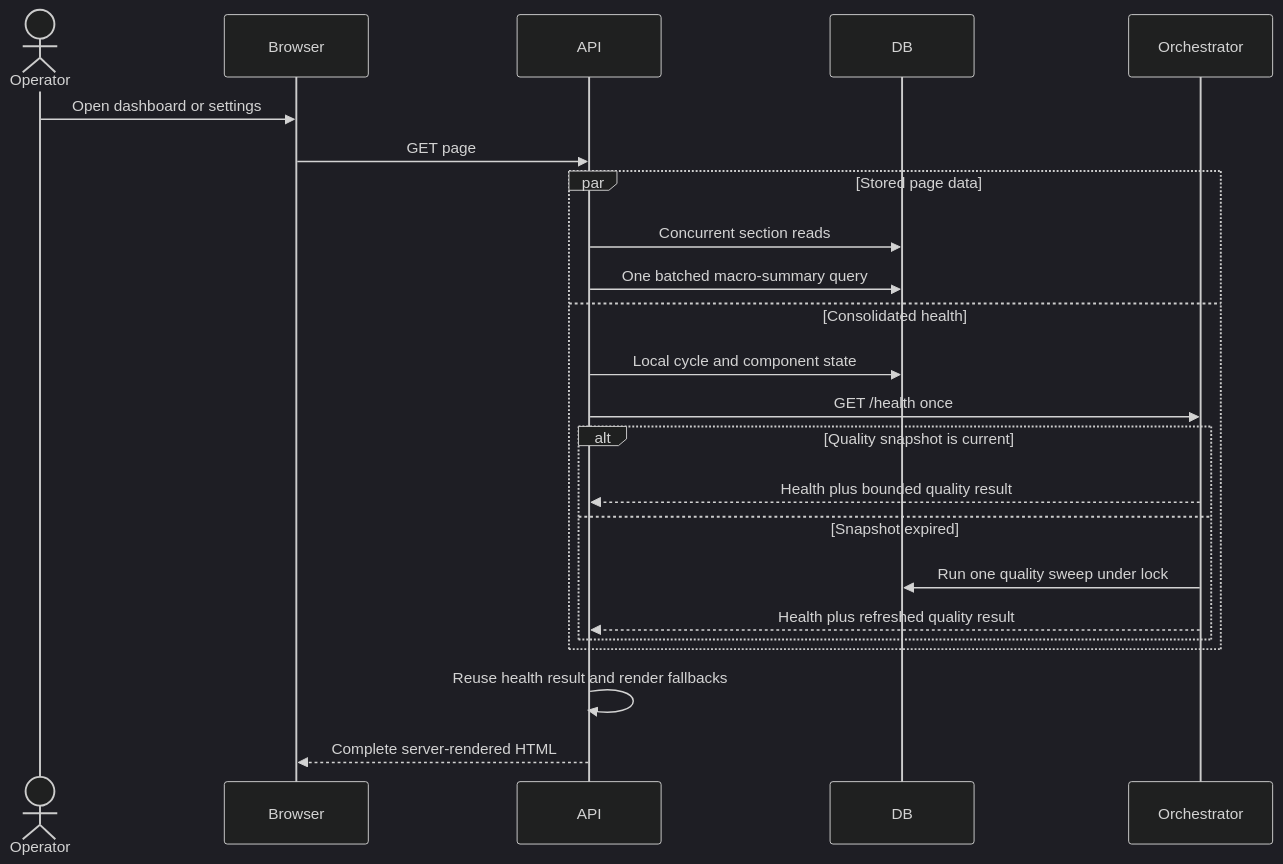
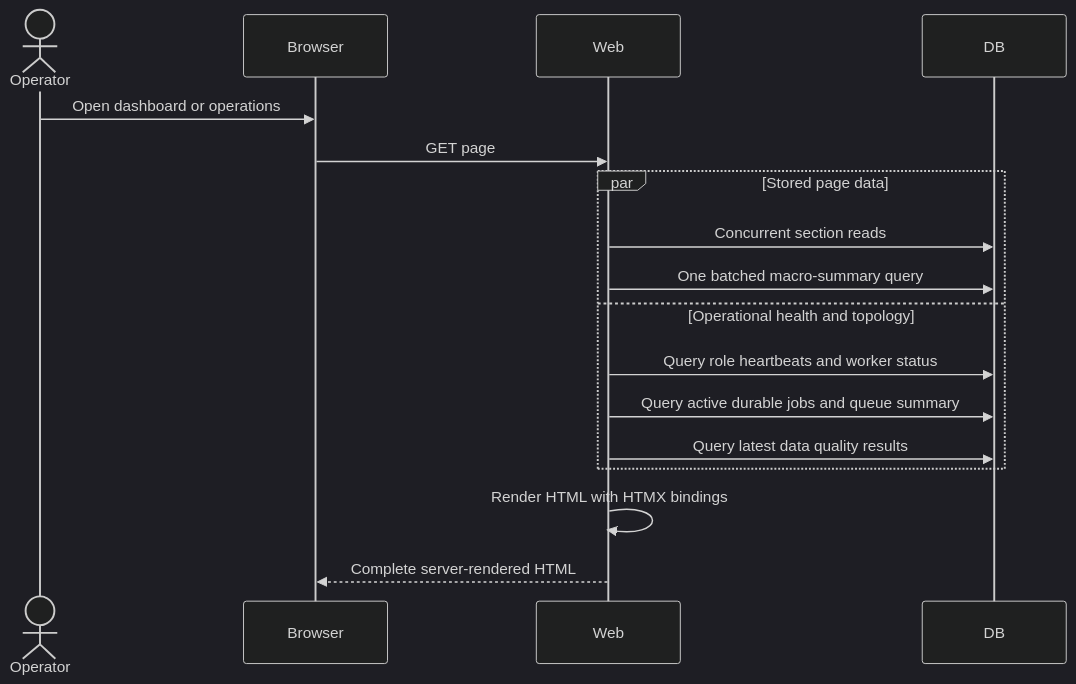
The fifth of 8 diagrams in docs/architecture/c4-model.md (cpu23/trading-data-platform), drawn with Mermaid (dark theme) before and after one commit. The commit also changed other lines of this file and 113 other files, not shown here.

````diff
--- a/docs/architecture/c4-model.md
+++ b/docs/architecture/c4-model.md
@@ -225,26 +228,20 @@
 ```mermaid
 sequenceDiagram
     actor Operator
     participant Browser
-    participant API
+    participant Web
     participant DB
-    participant Orchestrator
 
-    Operator->>Browser: Open dashboard or settings
-    Browser->>API: GET page
+    Operator->>Browser: Open dashboard or operations
+    Browser->>Web: GET page
     par Stored page data
-        API->>DB: Concurrent section reads
-        API->>DB: One batched macro-summary query
-    and Consolidated health
-        API->>DB: Local cycle and component state
-        API->>Orchestrator: GET /health once
-        alt Quality snapshot is current
-            Orchestrator-->>API: Health plus bounded quality result
-        else Snapshot expired
-            Orchestrator->>DB: Run one quality sweep under lock
-            Orchestrator-->>API: Health plus refreshed quality result
-        end
+        Web->>DB: Concurrent section reads
+        Web->>DB: One batched macro-summary query
+    and Operational health and topology
+        Web->>DB: Query role heartbeats and worker status
+        Web->>DB: Query active durable jobs and queue summary
+        Web->>DB: Query latest data quality results
     end
-    API->>API: Reuse health result and render fallbacks
-    API-->>Browser: Complete server-rendered HTML
+    Web->>Web: Render HTML with HTMX bindings
+    Web-->>Browser: Complete server-rendered HTML
 ```
````
